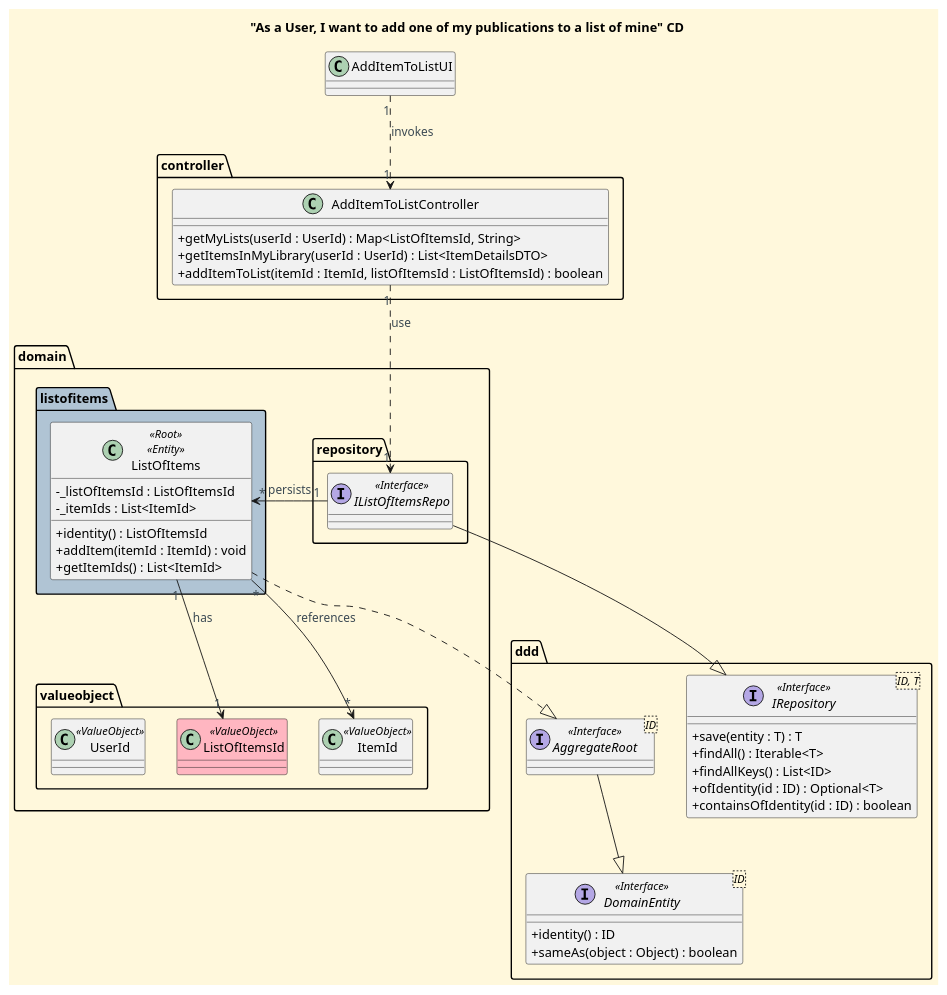
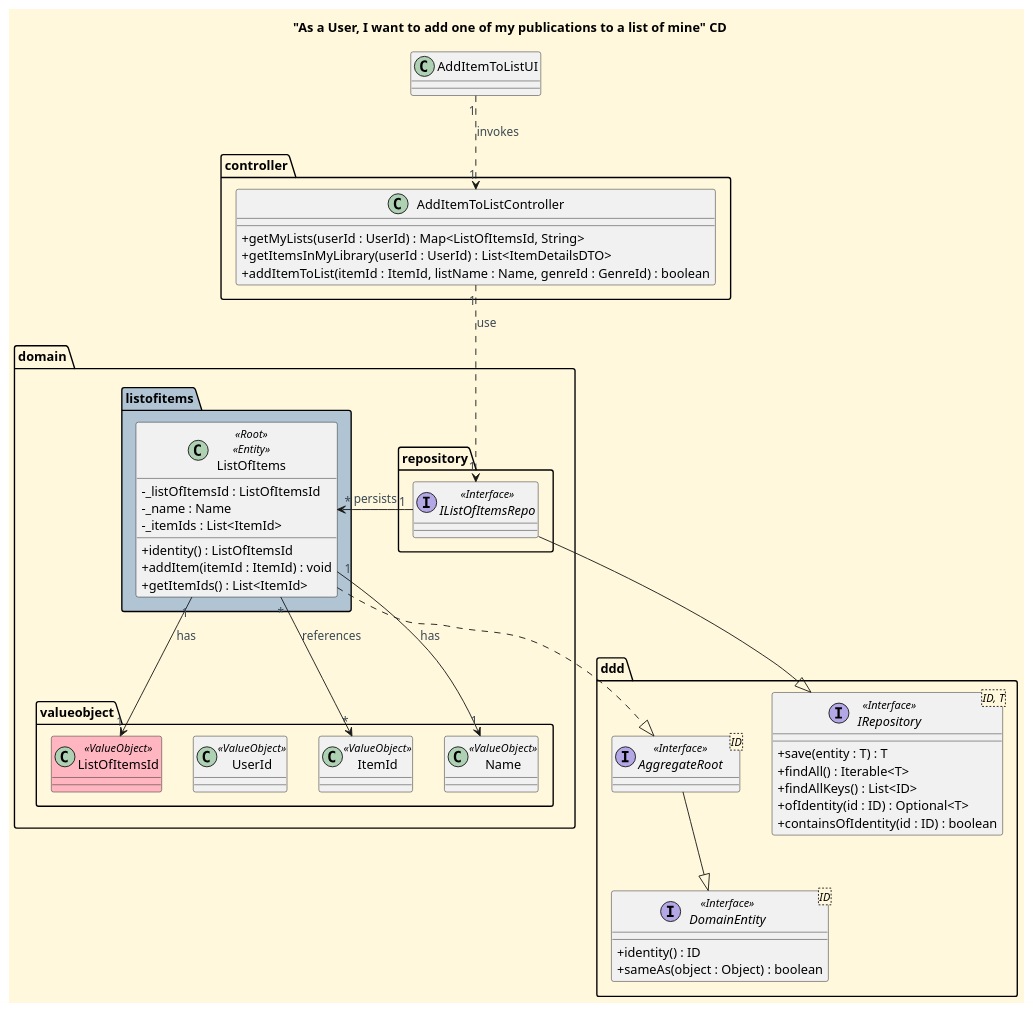
Before and after one commit to CarolinaLeite-collab/JavaMarketplacePlatform: the diagram in docs/functionalities/user/add-my-publication-to-my-list/Add_My_Publication_To_My_List_CD.puml, drawn with PlantUML.

Commit message:
Refactor: Update US018 CD to use Name instead of String, Refs: #778

```diff
--- a/docs/functionalities/user/add-my-publication-to-my-list/Add_My_Publication_To_My_List_CD.puml
+++ b/docs/functionalities/user/add-my-publication-to-my-list/Add_My_Publication_To_My_List_CD.puml
@@ -1,77 +1,80 @@
 @startuml
 title "As a User, I want to add one of my publications to a list of mine" CD
 top to bottom direction
 
 skinparam monochrome false
 skinparam shadowing false
 skinparam defaultFontName Futura
 skinparam objectFontSize 20
 skinparam backgroundColor CornSilk
 skinparam objectBackgroundColor WhiteSmoke
 skinparam noteBackgroundColor #FFFFE0
 skinparam ArrowFontColor #3B4953
 skinparam ActivationBackgroundColor black
 skinparam classAttributeIconSize 0
 
 class AddItemToListUI
 
 package "controller" {
     class AddItemToListController {
         + getMyLists(userId : UserId) : Map<ListOfItemsId, String>
         + getItemsInMyLibrary(userId : UserId) : List<ItemDetailsDTO>
-        + addItemToList(itemId : ItemId, listOfItemsId : ListOfItemsId) : boolean
+        + addItemToList(itemId : ItemId, listName : Name, genreId : GenreId) : boolean
     }
 }
 
 package "domain" {
 
     package "listofitems" #b0c4d4 {
         class ListOfItems <<Root>> <<Entity>> {
             - _listOfItemsId : ListOfItemsId
+            - _name : Name
             - _itemIds : List<ItemId>
             + identity() : ListOfItemsId
             + addItem(itemId : ItemId) : void
             + getItemIds() : List<ItemId>
         }
     }
 
     package "repository" {
         interface IListOfItemsRepo <<Interface>> {
         }
     }
 
     package "valueobject" {
         class ListOfItemsId <<ValueObject>> #LightPink {}
         class ItemId <<ValueObject>> {}
         class UserId <<ValueObject>> {}
+        class Name <<ValueObject>> {}
     }
 }
 
 package "ddd" {
     interface IRepository<ID, T> <<Interface>> {
         +save(entity : T) : T
         +findAll() : Iterable<T>
         +findAllKeys() : List<ID>
         +ofIdentity(id : ID) : Optional<T>
         +containsOfIdentity(id : ID) : boolean
     }
     interface DomainEntity<ID> <<Interface>> {
         +identity() : ID
         +sameAs(object : Object) : boolean
     }
     interface AggregateRoot<ID> <<Interface>> {}
 }
 
 AddItemToListUI "1" ..> "1" AddItemToListController : invokes
 AddItemToListController "1" ..> "1" IListOfItemsRepo : «use»
 
 IListOfItemsRepo --|> IRepository
 IListOfItemsRepo "1" -> "*" ListOfItems : persists
 
 ListOfItems "1" --> "1" ListOfItemsId : has
+ListOfItems "1" --> "1" Name : has
 ListOfItems "*" --> "*" ItemId : references
 
 ListOfItems .|> AggregateRoot
 AggregateRoot --|> DomainEntity
 
 @enduml
```
